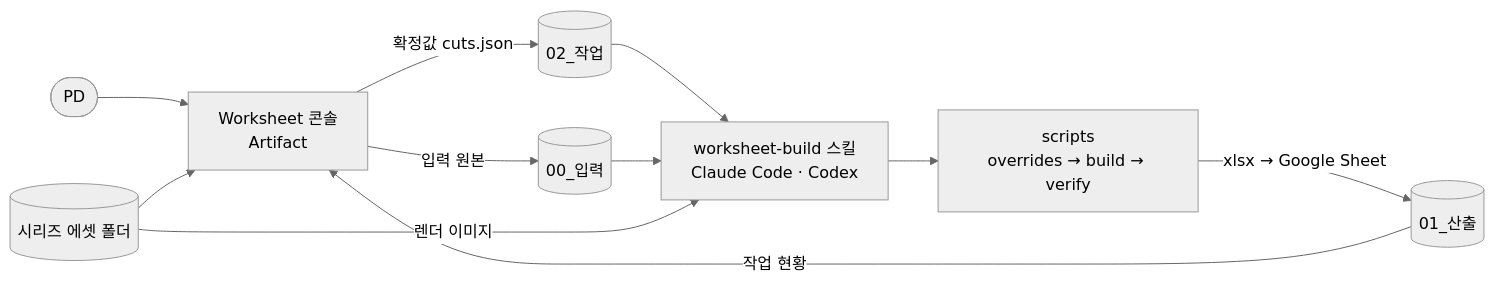
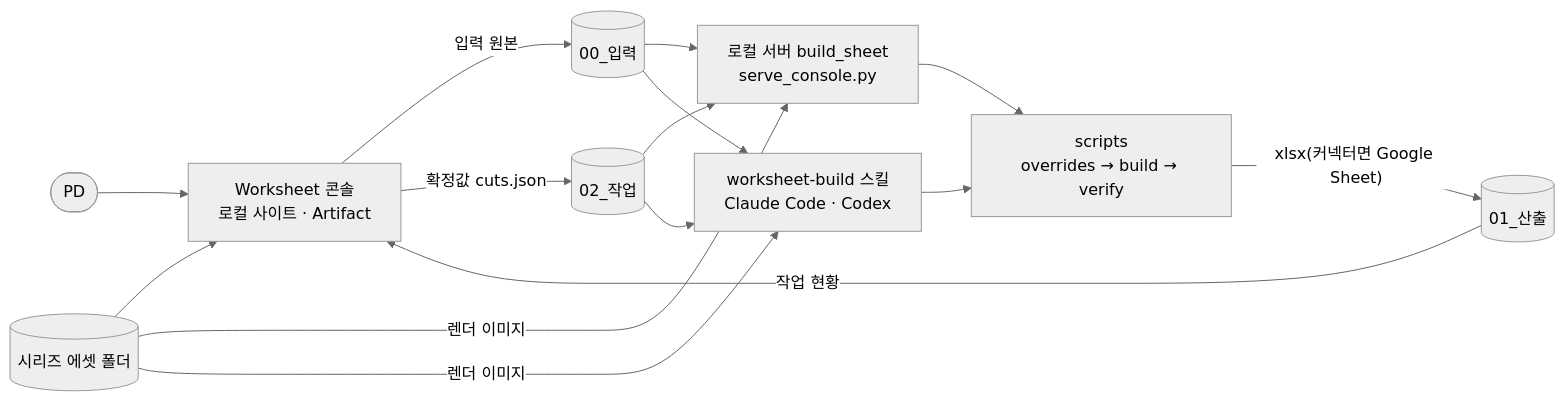
Before and after one commit to serashin-tech/worksheet-agent: the diagram in README.md, drawn with Mermaid (neutral theme). The commit also changed other lines of this file, not shown here.

````diff
--- a/README.md
+++ b/README.md
@@ -195,13 +194,17 @@
 ```mermaid
 flowchart LR
-  PD([PD]) --> C[Worksheet 콘솔<br/>Artifact]
+  PD([PD]) --> C[Worksheet 콘솔<br/>로컬 사이트 · Artifact]
   A[(시리즈 에셋 폴더)] --> C
   C -- "입력 원본" --> I[(00_입력)]
   C -- "확정값 cuts.json" --> W[(02_작업)]
+  W --> L[로컬 서버 build_sheet<br/>serve_console.py]
   W --> S[worksheet-build 스킬<br/>Claude Code · Codex]
+  I --> L
   I --> S
+  A -- "렌더 이미지" --> L
   A -- "렌더 이미지" --> S
-  S --> P[scripts<br/>overrides → build → verify]
-  P -- "xlsx → Google Sheet" --> O[(01_산출)]
+  L --> P[scripts<br/>overrides → build → verify]
+  S --> P
+  P -- "xlsx(커넥터면 Google Sheet)" --> O[(01_산출)]
   O -- "작업 현황" --> C
 ```
````
